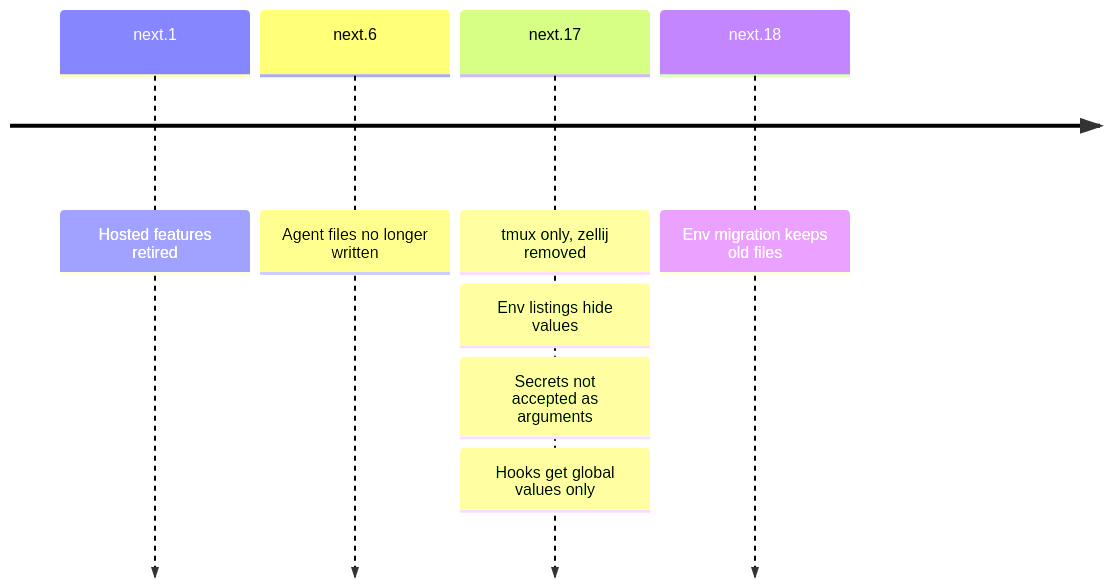
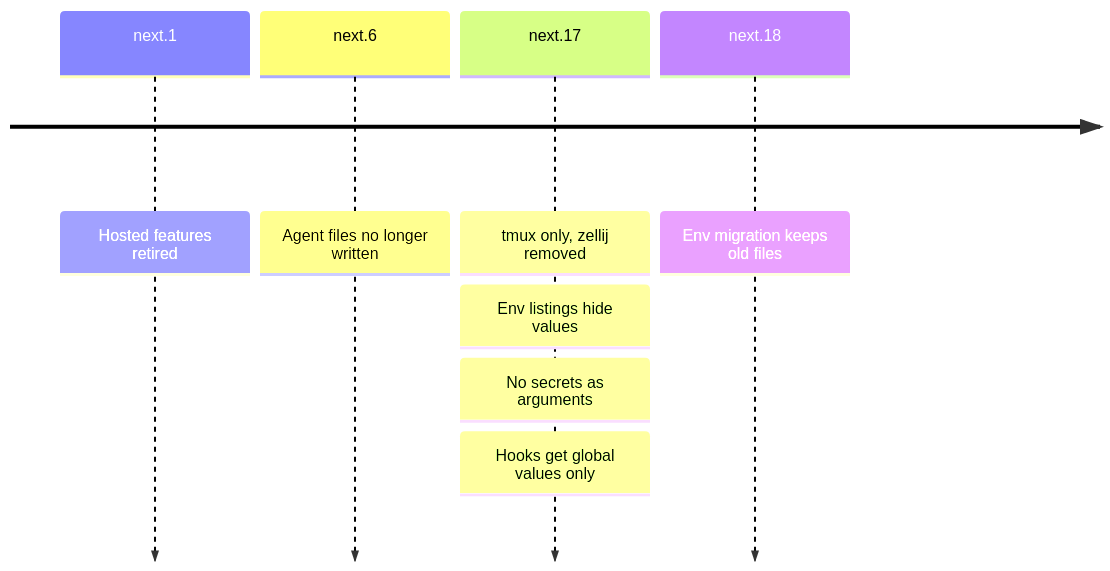
The diagram in docs/versions/v5/guides/breaking-changes.md (hack-dance/hack), drawn with Mermaid before and after one commit. The commit also changed other lines of this file, not shown here.

````diff
--- a/docs/versions/v5/guides/breaking-changes.md
+++ b/docs/versions/v5/guides/breaking-changes.md
@@ -55,13 +55,13 @@
 ```mermaid
 ---
 title: Breaking changes by prerelease
 ---
 timeline
   next.1 : Hosted features retired
   next.6 : Agent files no longer written
   next.17 : tmux only, zellij removed
           : Env listings hide values
-          : Secrets not accepted as arguments
+          : No secrets as arguments
           : Hooks get global values only
   next.18 : Env migration keeps old files
 ```
````
